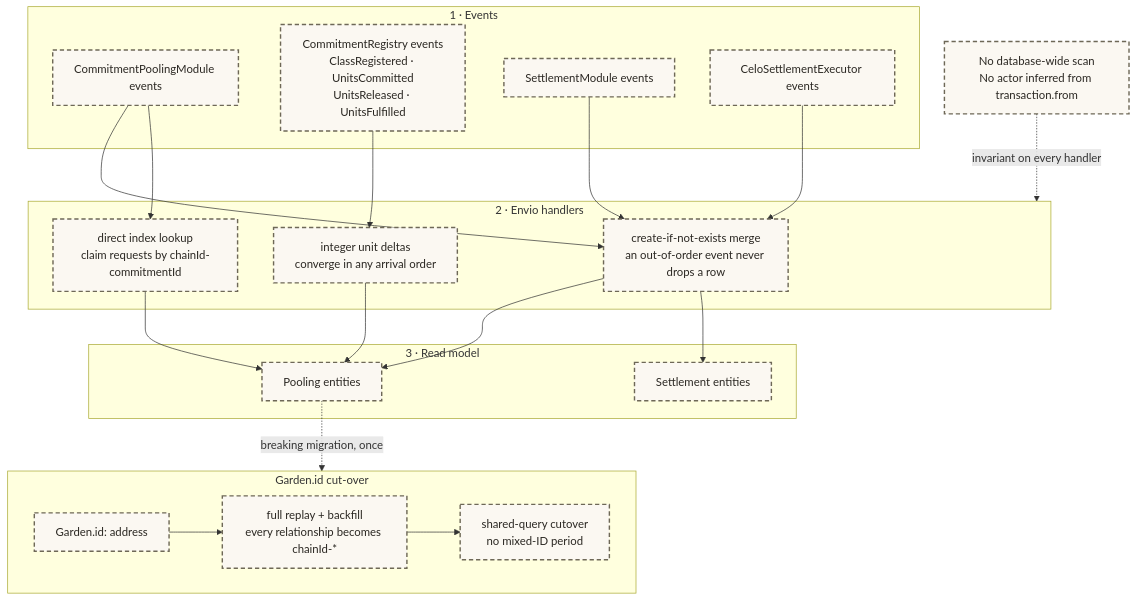
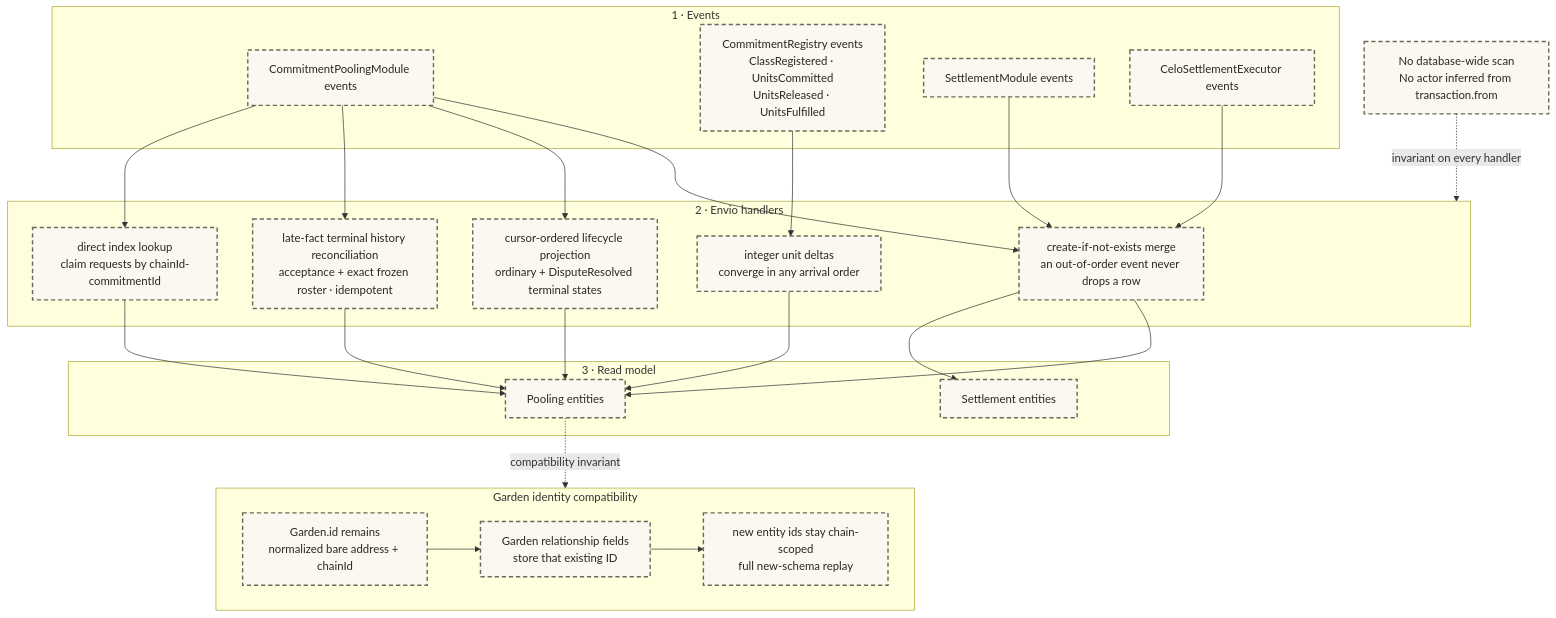
One commit to greenpill-dev-guild/green-goods changed diagram 26 of 40 in .plans/active/commitment-pooling/diagrams.md. Above: the diagram before and after it, drawn with Mermaid. The commit also changed other lines of this file and 88 other files, not shown here.

First line of the commit message:
docs(commitment-pooling): revamp architecture and planning artifacts (#689)

````diff
--- a/.plans/active/commitment-pooling/diagrams.md
+++ b/.plans/active/commitment-pooling/diagrams.md
@@ -1098,43 +1577,49 @@
 ```mermaid
 flowchart TB
   subgraph SRC["1 · Events"]
     EV1["CommitmentPoolingModule events"]
     EV2["CommitmentRegistry events<br/>ClassRegistered · UnitsCommitted<br/>UnitsReleased · UnitsFulfilled"]
     EV3["SettlementModule events"]
     EV4["CeloSettlementExecutor events"]
   end
 
   subgraph H["2 · Envio handlers"]
     HMERGE["create-if-not-exists merge<br/>an out-of-order event never drops a row"]
     HUNITS["integer unit deltas<br/>converge in any arrival order"]
+    HLIFE["cursor-ordered lifecycle projection<br/>ordinary + DisputeResolved terminal states"]
+    HHIST["late-fact terminal history reconciliation<br/>acceptance + exact frozen roster · idempotent"]
     HIDX["direct index lookup<br/>claim requests by chainId-commitmentId"]
   end
 
   subgraph OUT["3 · Read model"]
     E1["Pooling entities"]
     E2["Settlement entities"]
   end
 
   NOSCAN["No database-wide scan<br/>No actor inferred from transaction.from"]
 
   EV1 --> HMERGE
+  EV1 --> HLIFE
+  EV1 --> HHIST
   EV2 --> HUNITS
   EV3 --> HMERGE
   EV4 --> HMERGE
   EV1 --> HIDX
   HMERGE --> E1
+  HLIFE --> E1
+  HHIST --> E1
   HUNITS --> E1
   HIDX --> E1
   HMERGE --> E2
   NOSCAN -.->|"invariant on every handler"| H
 
-  subgraph MIG["Garden.id cut-over"]
-    M1["Garden.id: address"] --> M2["full replay + backfill<br/>every relationship becomes chainId-*"]
-    M2 --> M3["shared-query cutover<br/>no mixed-ID period"]
+  subgraph MIG["Garden identity compatibility"]
+    M1["Garden.id remains<br/>normalized bare address + chainId"] --> M2["Garden relationship fields<br/>store that existing ID"]
+    M2 --> M3["new entity ids stay chain-scoped<br/>full new-schema replay"]
   end
-  E1 -.->|"breaking migration, once"| MIG
+  E1 -.->|"compatibility invariant"| MIG
 
   classDef built fill:#edf3e8,stroke:#50784a,stroke-width:2px,color:#2a2722
   classDef planned fill:#fbf8f2,stroke:#6e6857,stroke-width:2px,stroke-dasharray:6 4,color:#2a2722
-  class EV1,EV2,EV3,EV4,HMERGE,HUNITS,HIDX,E1,E2,M1,M2,M3,NOSCAN planned
+  class EV1,EV2,EV3,EV4,HMERGE,HUNITS,HLIFE,HHIST,HIDX,E1,E2,M1,M2,M3,NOSCAN planned
 ```
````
